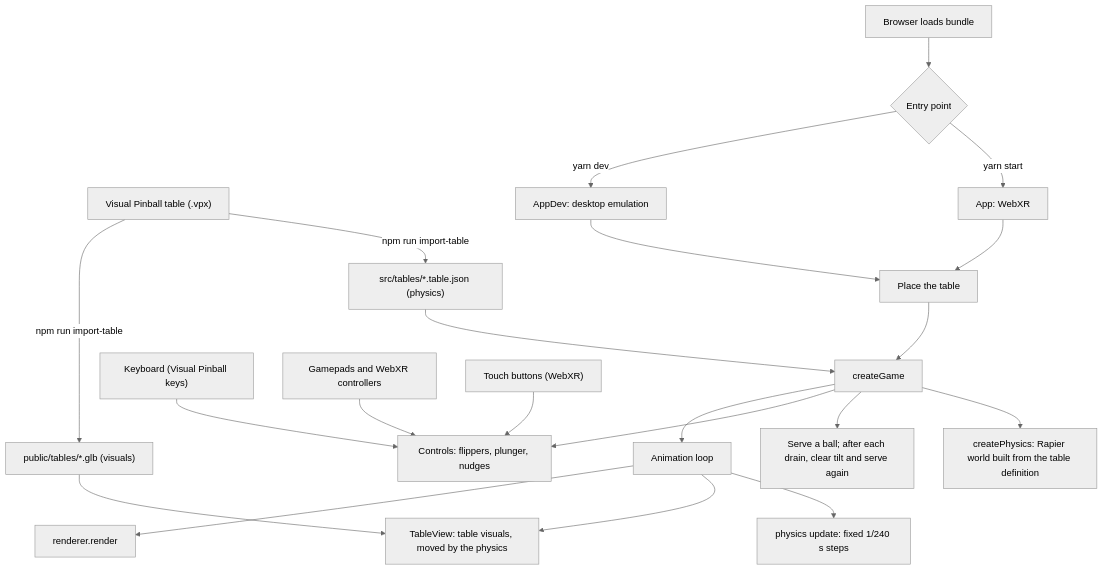
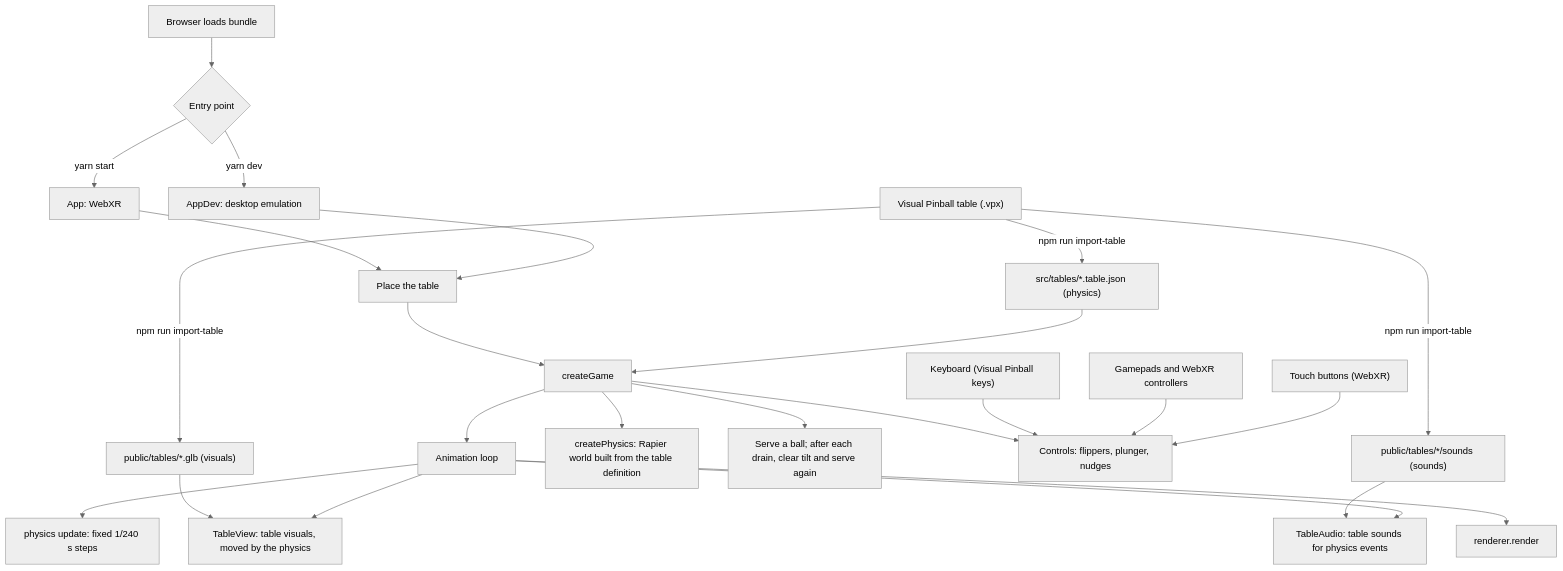
The diagram in README.md (patrick-s-young/pinball-xr), drawn with Mermaid (neutral theme) before and after one commit. The commit also changed other lines of this file and 17 other files, not shown here.

First line of the commit message:
import and play Visual Pinball table sounds

````diff
--- a/README.md
+++ b/README.md
@@ -30,23 +30,26 @@
 ```mermaid
 flowchart TD
     VPX["Visual Pinball table (.vpx)"] -->|"npm run import-table"| Definition["src/tables/*.table.json (physics)"]
     VPX -->|"npm run import-table"| Visuals["public/tables/*.glb (visuals)"]
+    VPX -->|"npm run import-table"| Sounds["public/tables/*/sounds (sounds)"]
     Start["Browser loads bundle"] --> Entry{"Entry point"}
     Entry -->|"yarn start"| XRApp["App: WebXR"]
     Entry -->|"yarn dev"| DevApp["AppDev: desktop emulation"]
     XRApp --> Placement["Place the table"]
     DevApp --> Placement
     Placement --> Game["createGame"]
     Definition --> Game
     Game --> Physics["createPhysics: Rapier world built from the table definition"]
     Game --> Serve["Serve a ball; after each drain, clear tilt and serve again"]
     Game --> Controls["Controls: flippers, plunger, nudges"]
     Keyboard["Keyboard (Visual Pinball keys)"] --> Controls
     Gamepads["Gamepads and WebXR controllers"] --> Controls
     Touch["Touch buttons (WebXR)"] --> Controls
     Game --> Loop["Animation loop"]
     Loop --> Step["physics update: fixed 1/240 s steps"]
     Visuals --> View["TableView: table visuals, moved by the physics"]
     Loop --> View
+    Sounds --> Audio["TableAudio: table sounds for physics events"]
+    Loop --> Audio
     Loop --> Render["renderer.render"]
 ```
````
